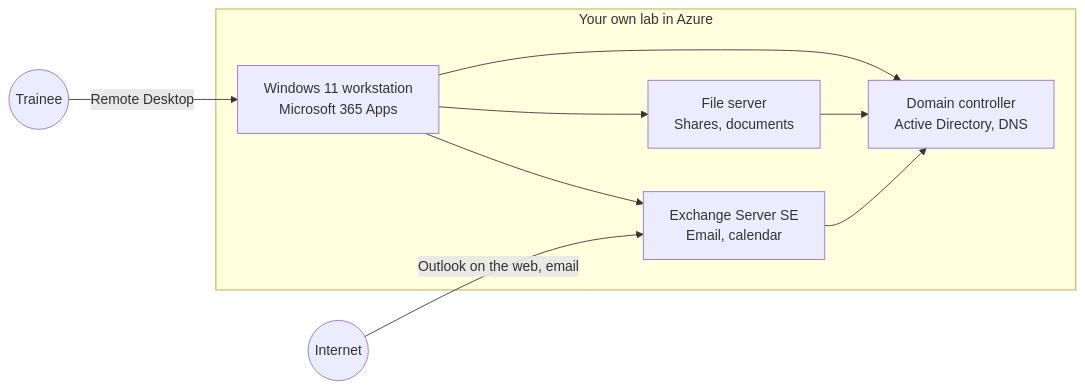
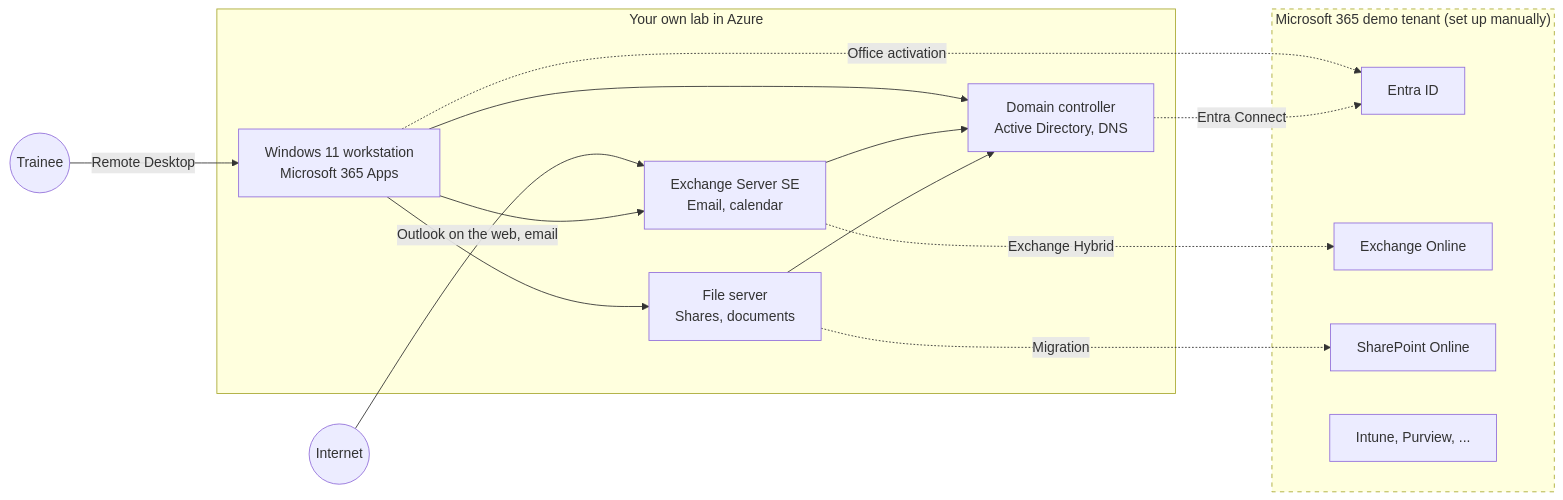
Before and after one commit to sredlin/TraineeLab: the first of 2 diagrams in readme.md, drawn with Mermaid. The commit also changed other lines of this file, not shown here.

First line of the commit message:
docs(readme): show the Microsoft 365 demo tenant in the overview diagram

````diff
--- a/readme.md
+++ b/readme.md
@@ -81,16 +81,27 @@
 ```mermaid
 flowchart LR
     TRAINEE((Trainee)) -->|Remote Desktop| CL
     INTERNET((Internet)) -->|Outlook on the web, email| EX
     subgraph LAB[Your own lab in Azure]
         CL[Windows 11 workstation<br/>Microsoft 365 Apps]
         DC[Domain controller<br/>Active Directory, DNS]
         EX[Exchange Server SE<br/>Email, calendar]
         FS[File server<br/>Shares, documents]
         CL --> EX
         CL --> FS
         CL --> DC
         EX --> DC
         FS --> DC
     end
+    subgraph M365["Microsoft 365 demo tenant (set up manually)"]
+        ENTRA[Entra ID]
+        EXO[Exchange Online]
+        SPO[SharePoint Online]
+        MORE["Intune, Purview, ..."]
+    end
+    CL -.->|Office activation| ENTRA
+    DC -.->|Entra Connect| ENTRA
+    EX -.->|Exchange Hybrid| EXO
+    FS -.->|Migration| SPO
+    style M365 stroke-dasharray: 5 5
 ```
````
